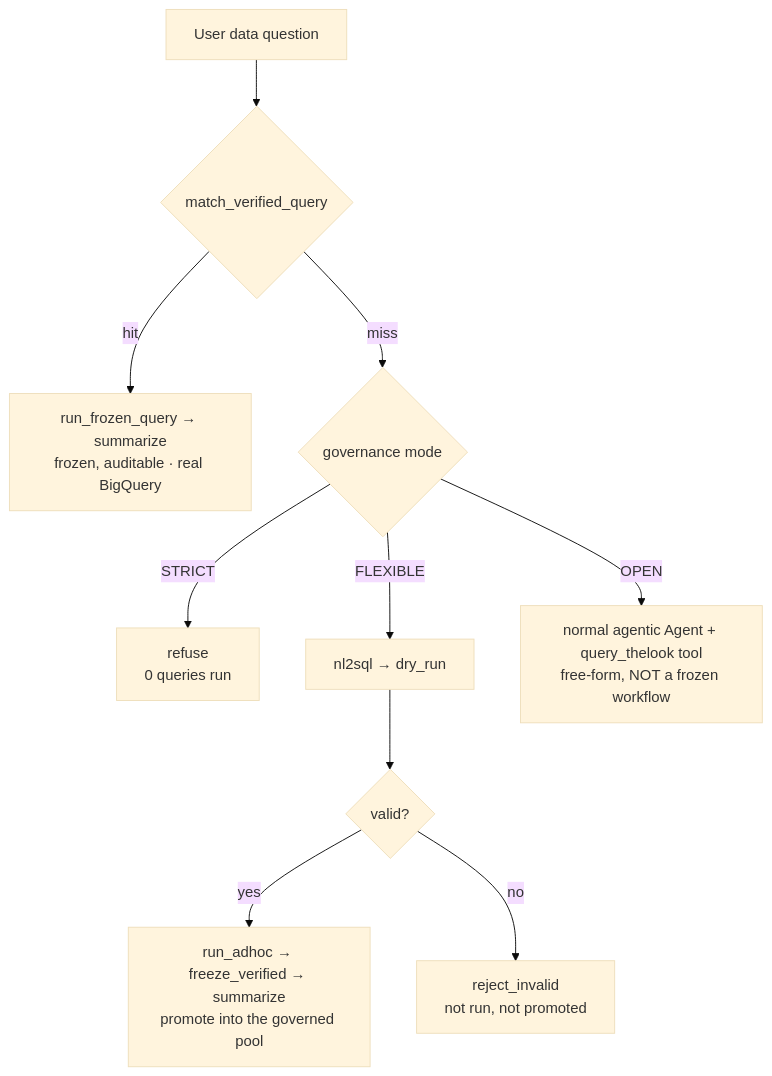
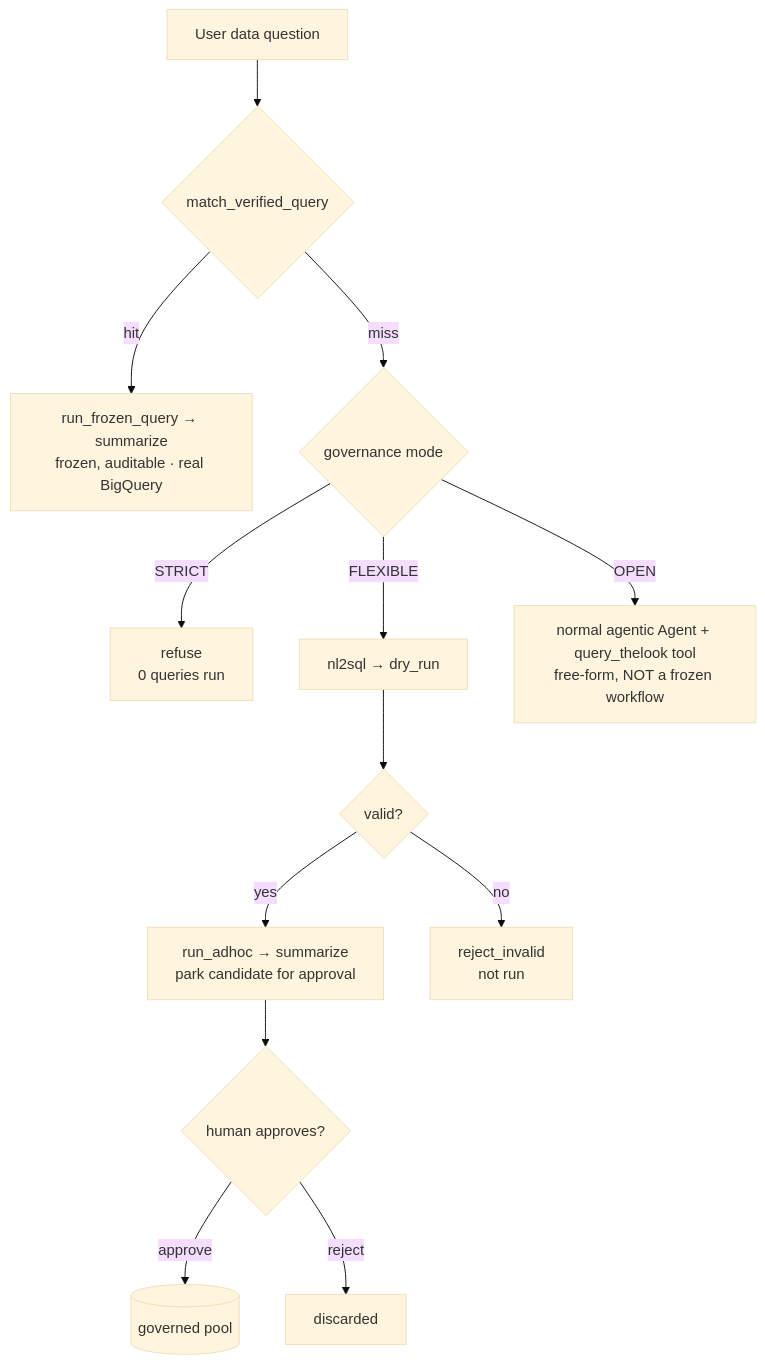
One commit to caohy1988/adk-python changed the diagram in contributing/samples/workflows/authored_workflow_ca_governance_demo/README.md. Above: the diagram before and after it, drawn with Mermaid (base theme). The commit also changed other lines of this file and 5 other files, not shown here.

````diff
--- a/contributing/samples/workflows/authored_workflow_ca_governance_demo/README.md
+++ b/contributing/samples/workflows/authored_workflow_ca_governance_demo/README.md
@@ -24,12 +29,15 @@
 ```mermaid
 flowchart TD
     Q[User data question] --> M{match_verified_query}
     M -- hit --> G[run_frozen_query → summarize<br/>frozen, auditable · real BigQuery]
     M -- miss --> D{governance mode}
     D -- STRICT --> R[refuse<br/>0 queries run]
     D -- FLEXIBLE --> N[nl2sql → dry_run]
     N --> V{valid?}
-    V -- yes --> P[run_adhoc → freeze_verified → summarize<br/>promote into the governed pool]
-    V -- no --> X[reject_invalid<br/>not run, not promoted]
+    V -- yes --> P[run_adhoc → summarize<br/>park candidate for approval]
+    P --> H{human approves?}
+    H -- approve --> Pool[(governed pool)]
+    H -- reject --> X2[discarded]
+    V -- no --> X[reject_invalid<br/>not run]
     D -- OPEN --> A[normal agentic Agent + query_thelook tool<br/>free-form, NOT a frozen workflow]
 ```
````
